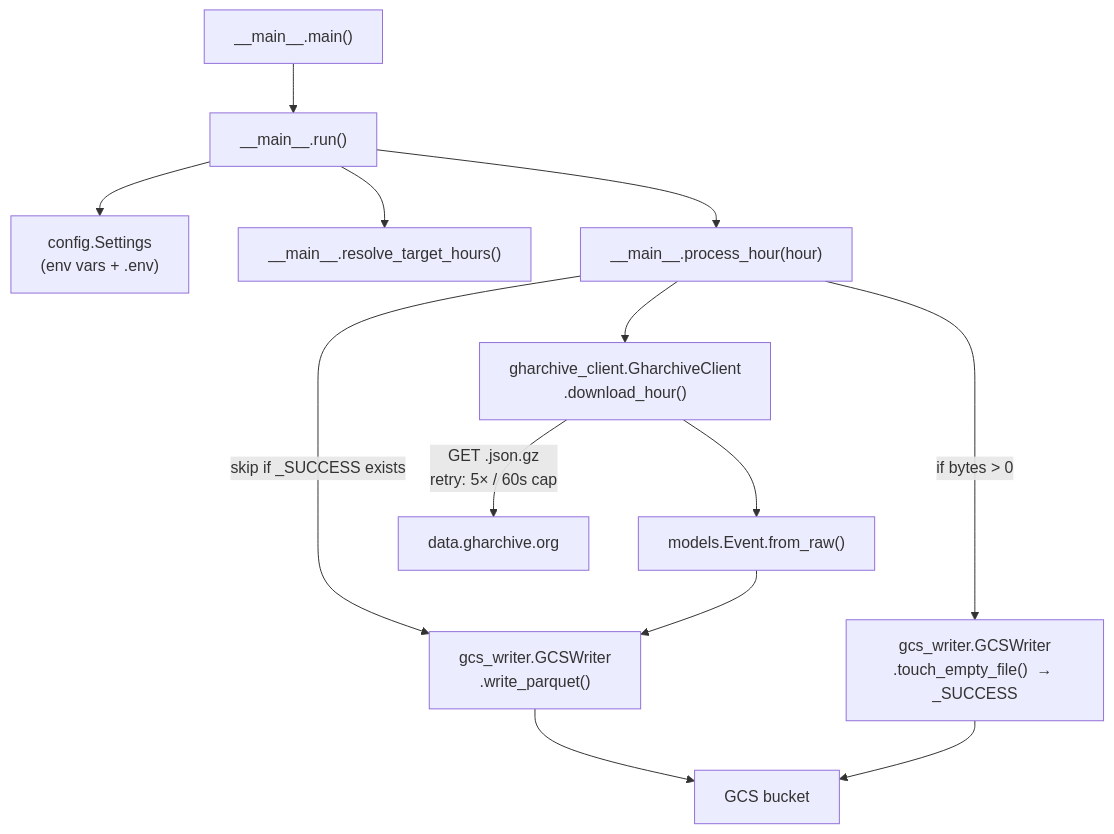
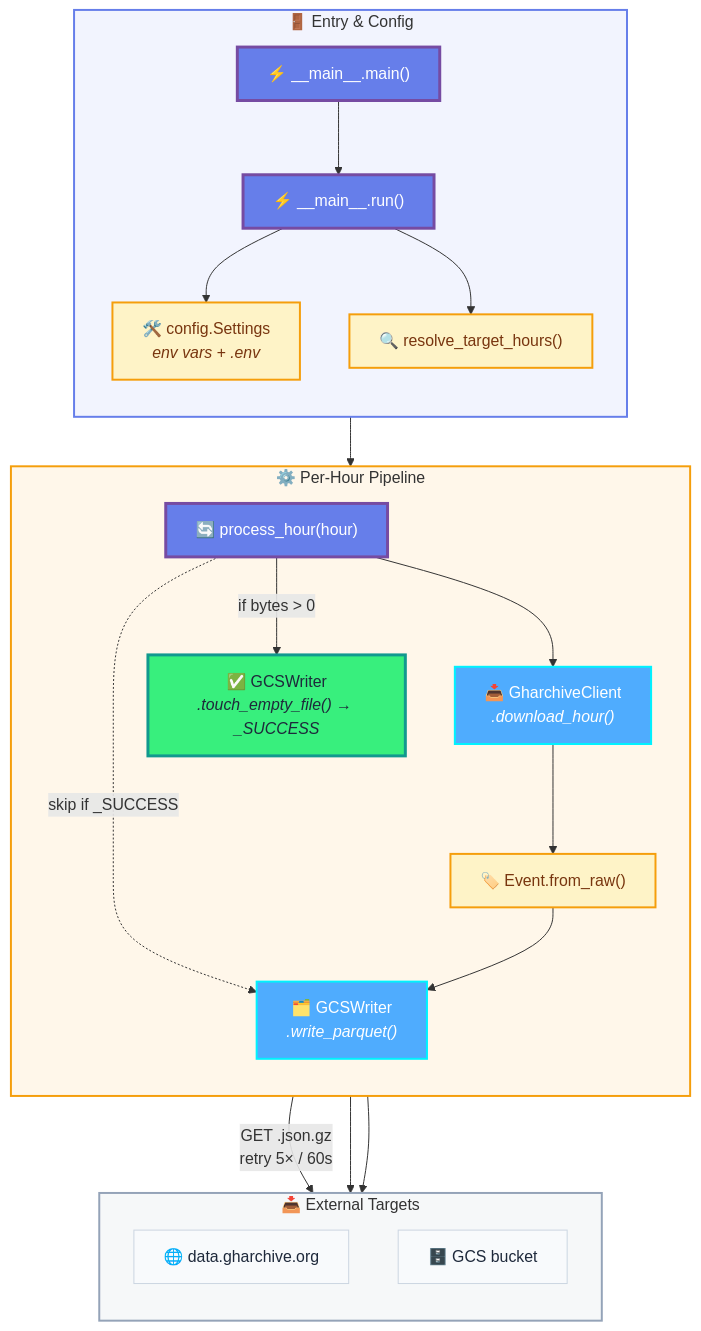
Before and after one commit to joshua-data/project-gharchive-elt: the diagram in ingest/README.md, drawn with Mermaid. The commit also changed 2 other files, not shown here.

Commit message:
edited: apply mermaid style policy to README.s

````diff
--- a/ingest/README.md
+++ b/ingest/README.md
@@ -9,27 +9,54 @@
 ```mermaid
-flowchart TD
-    MAIN["__main__.main()"]
-    RUN["__main__.run()"]
-    SETTINGS["config.Settings<br/>(env vars + .env)"]
-    RESOLVE["__main__.resolve_target_hours()"]
-    PROC["__main__.process_hour(hour)"]
-    CLIENT["gharchive_client.GharchiveClient<br/>.download_hour()"]
-    EVENT["models.Event.from_raw()"]
-    WRITER["gcs_writer.GCSWriter<br/>.write_parquet()"]
-    MARK["gcs_writer.GCSWriter<br/>.touch_empty_file()  → _SUCCESS"]
-    GHA["data.gharchive.org"]
-    GCS["GCS bucket"]
+flowchart TB
+    subgraph ENTRY["🚪 Entry & Config"]
+        direction TB
+        MAIN["⚡ __main__.main()"]
+        RUN["⚡ __main__.run()"]
+        SETTINGS["🛠️ config.Settings<br/><i>env vars + .env</i>"]
+        RESOLVE["🔍 resolve_target_hours()"]
+    end
+
+    subgraph PIPE["⚙️ Per-Hour Pipeline"]
+        direction TB
+        PROC["🔄 process_hour(hour)"]
+        CLIENT["📥 GharchiveClient<br/><i>.download_hour()</i>"]
+        EVENT["🏷️ Event.from_raw()"]
+        WRITER["🗂️ GCSWriter<br/><i>.write_parquet()</i>"]
+        MARK["✅ GCSWriter<br/><i>.touch_empty_file() → _SUCCESS</i>"]
+    end
+
+    subgraph EXT["📥 External Targets"]
+        direction TB
+        GHA["🌐 data.gharchive.org"]
+        GCS["🗄️ GCS bucket"]
+    end
 
     MAIN --> RUN
     RUN --> SETTINGS
     RUN --> RESOLVE
     RUN --> PROC
-    PROC -- "skip if _SUCCESS exists" --> WRITER
+    PROC -.->|"skip if _SUCCESS"| WRITER
     PROC --> CLIENT
-    CLIENT -- "GET .json.gz<br/>retry: 5× / 60s cap" --> GHA
+    CLIENT -->|"GET .json.gz<br/>retry 5× / 60s"| GHA
     CLIENT --> EVENT
     EVENT --> WRITER
     WRITER --> GCS
-    PROC -- "if bytes > 0" --> MARK
+    PROC -->|"if bytes > 0"| MARK
     MARK --> GCS
+
+    classDef primary   fill:#667eea,stroke:#764ba2,color:#fff,stroke-width:3px
+    classDef secondary fill:#4facfe,stroke:#00f2fe,color:#fff,stroke-width:2px
+    classDef success   fill:#38ef7d,stroke:#11998e,color:#1e293b,stroke-width:3px
+    classDef warning   fill:#fef3c7,stroke:#f59e0b,color:#78350f,stroke-width:2px
+    classDef neutral   fill:#f8fafc,stroke:#cbd5e1,color:#1e293b,stroke-width:1px
+
+    class MAIN,RUN,PROC primary
+    class CLIENT,WRITER secondary
+    class MARK success
+    class SETTINGS,RESOLVE,EVENT warning
+    class GHA,GCS neutral
+
+    style ENTRY fill:#667eea15,stroke:#667eea,stroke-width:2px
+    style PIPE fill:#f59e0b15,stroke:#f59e0b,stroke-width:2px
+    style EXT fill:#94a3b815,stroke:#94a3b8,stroke-width:2px
 ```
````
